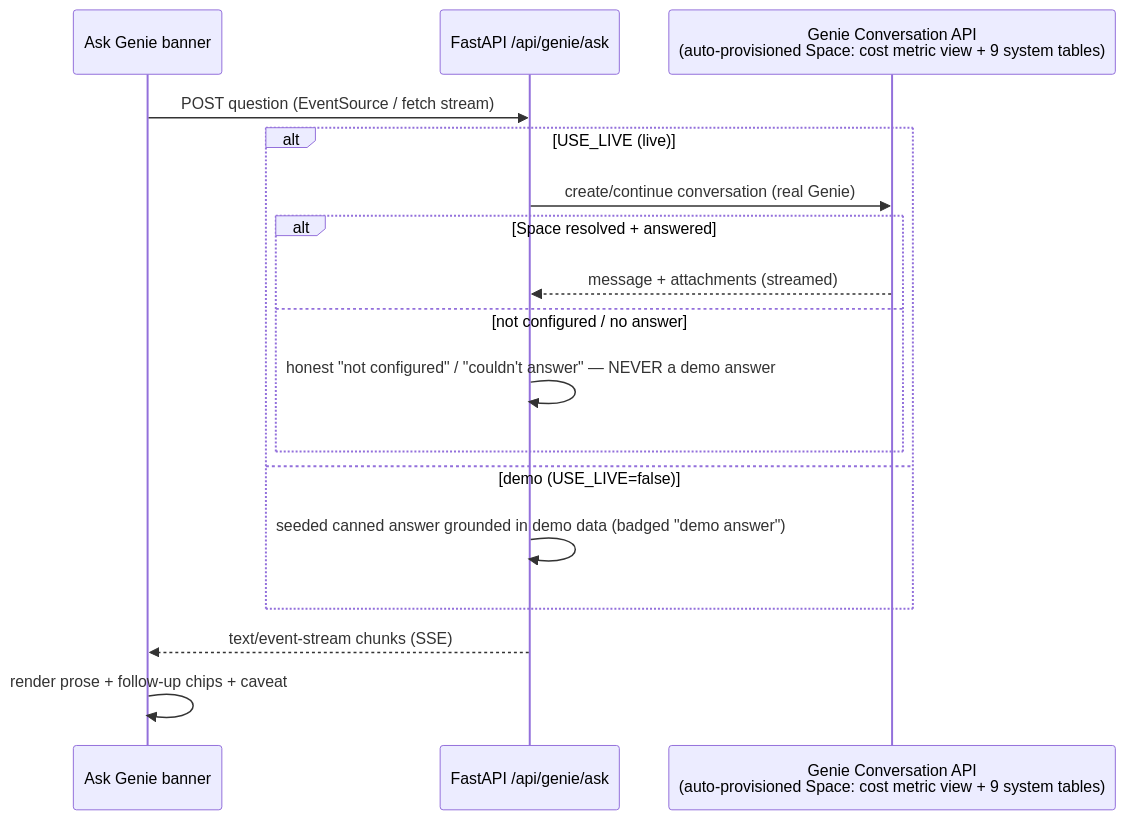
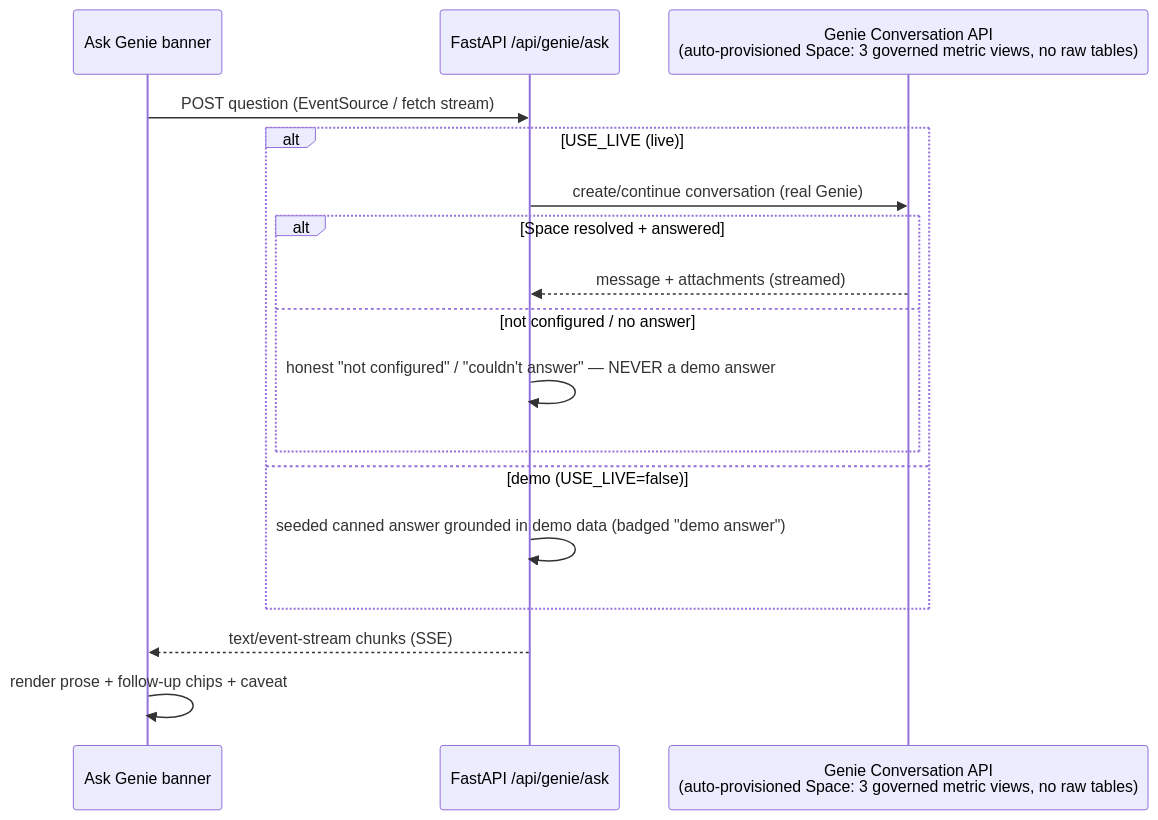
Before and after one commit to beeyal/databricks-estate-command-center: the third of 4 diagrams in docs/ARCHITECTURE.md, drawn with Mermaid. The commit also changed other lines of this file and 2 other files, not shown here.

````diff
--- a/docs/ARCHITECTURE.md
+++ b/docs/ARCHITECTURE.md
@@ -151,19 +151,19 @@
 ```mermaid
 sequenceDiagram
   participant UI as Ask Genie banner
   participant API as FastAPI /api/genie/ask
-  participant G as Genie Conversation API<br/>(auto-provisioned Space: cost metric view + 9 system tables)
+  participant G as Genie Conversation API<br/>(auto-provisioned Space: 3 governed metric views, no raw tables)
   UI->>API: POST question (EventSource / fetch stream)
   alt USE_LIVE (live)
     API->>G: create/continue conversation (real Genie)
     alt Space resolved + answered
       G-->>API: message + attachments (streamed)
     else not configured / no answer
       API->>API: honest "not configured" / "couldn't answer" — NEVER a demo answer
     end
   else demo (USE_LIVE=false)
     API->>API: seeded canned answer grounded in demo data (badged "demo answer")
   end
   API-->>UI: text/event-stream chunks (SSE)
   UI->>UI: render prose + follow-up chips + caveat
 ```
````
